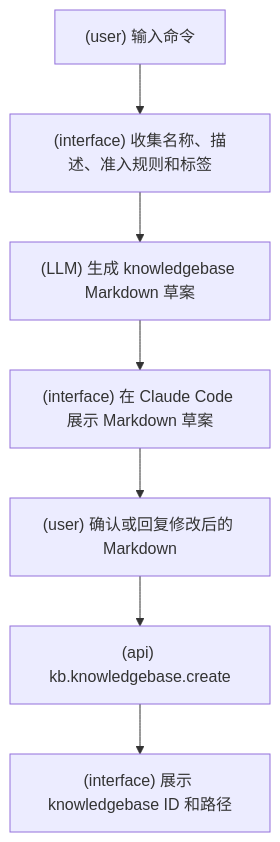
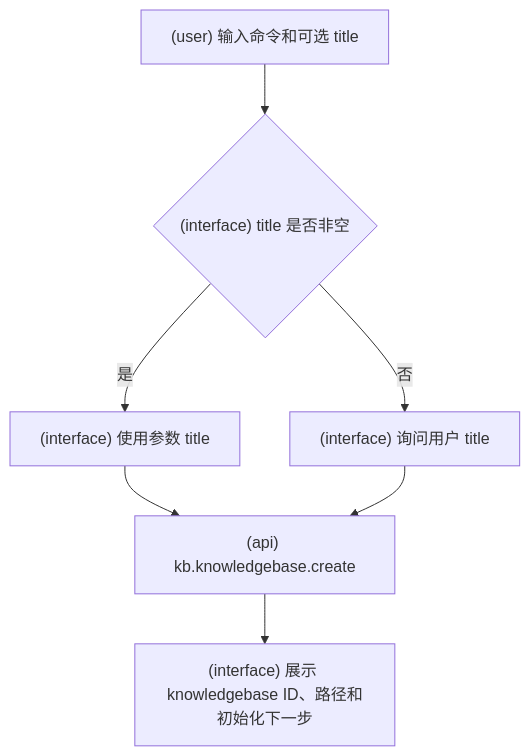
The fifth of 17 diagrams in docs/SlashCommand流程图.md (srangerme/KBManager), drawn with Mermaid before and after one commit. The commit also changed other lines of this file and 27 other files, not shown here.

````diff
--- a/docs/SlashCommand流程图.md
+++ b/docs/SlashCommand流程图.md
@@ -73,9 +95,9 @@
 ```mermaid
 flowchart TD
-  A["(user) 输入命令"] --> B["(interface) 收集名称、描述、准入规则和标签"]
-  B --> C["(LLM) 生成 knowledgebase Markdown 草案"]
-  C --> D["(interface) 在 Claude Code 展示 Markdown 草案"]
-  D --> E["(user) 确认或回复修改后的 Markdown"]
-  E --> F["(api) kb.knowledgebase.create"]
-  F --> G["(interface) 展示 knowledgebase ID 和路径"]
+  A["(user) 输入命令和可选 title"] --> B{"(interface) title 是否非空"}
+  B -- 是 --> C["(interface) 使用参数 title"]
+  B -- 否 --> D["(interface) 询问用户 title"]
+  C --> E["(api) kb.knowledgebase.create"]
+  D --> E
+  E --> F["(interface) 展示 knowledgebase ID、路径和初始化下一步"]
 ```
````
